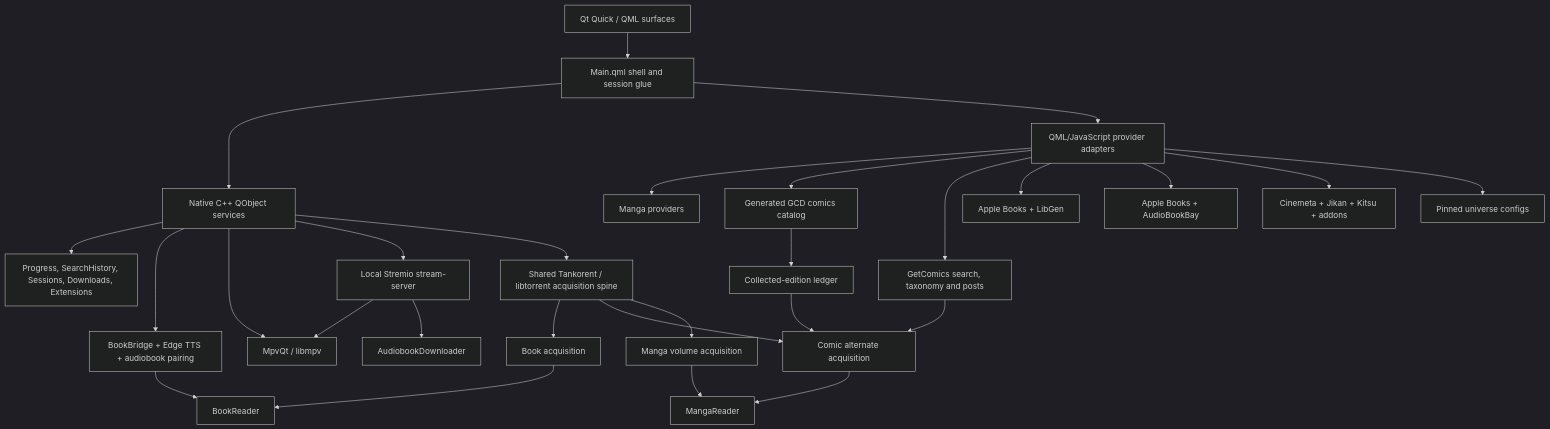
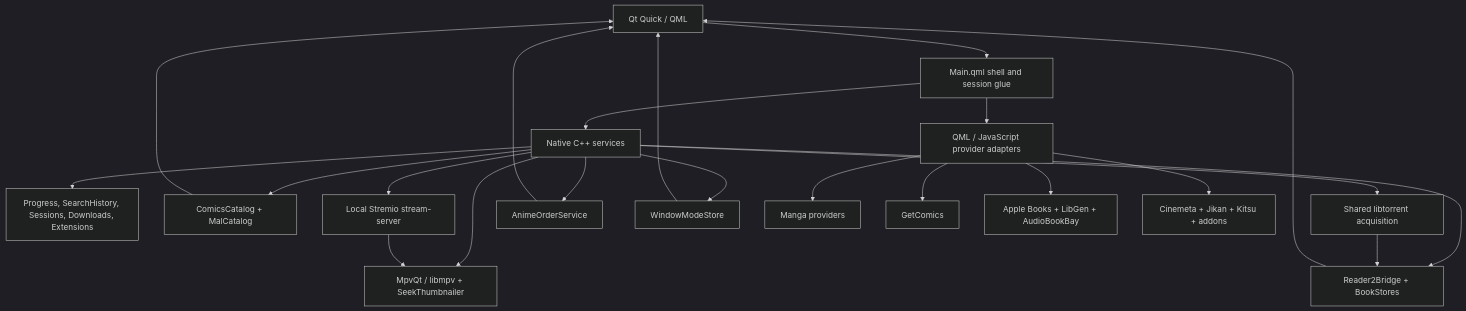
One commit to kingoftheseas56/Colosseum changed the second of 2 diagrams in README.md. Above: the diagram before and after it, drawn with Mermaid (dark theme). The commit also changed other lines of this file, not shown here.

Commit message:
docs: refresh README for current Colosseum architecture

````diff
--- a/README.md
+++ b/README.md
@@ -384,36 +381,27 @@
 ```mermaid
 flowchart TB
-    UI[Qt Quick / QML surfaces] --> Shell[Main.qml shell and session glue]
-    Shell --> Native[Native C++ QObject services]
-    Shell --> Providers[QML/JavaScript provider adapters]
+    UI[Qt Quick / QML] --> Shell[Main.qml shell and session glue]
+    Shell --> Native[Native C++ services]
+    Shell --> Providers[QML / JavaScript provider adapters]
 
     Native --> Stores[Progress, SearchHistory, Sessions, Downloads, Extensions]
-    Native --> BookBridge[BookBridge + Edge TTS + audiobook pairing]
-    Native --> Player[MpvQt / libmpv]
+    Native --> Catalogs[ComicsCatalog + MalCatalog]
+    Native --> Reader[Reader2Bridge + BookStores]
+    Native --> Player[MpvQt / libmpv + SeekThumbnailer]
     Native --> StreamServer[Local Stremio stream-server]
-    Native --> Tankorent[Shared Tankorent / libtorrent acquisition spine]
+    Native --> Tankorent[Shared libtorrent acquisition]
+    Native --> AnimeOrder[AnimeOrderService]
+    Native --> WindowMode[WindowModeStore]
 
     Providers --> Manga[Manga providers]
-    Providers --> ComicsCatalog[Generated GCD comics catalog]
-    Providers --> GetComics[GetComics search, taxonomy and posts]
-    Providers --> Books[Apple Books + LibGen]
-    Providers --> Audiobooks[Apple Books + AudioBookBay]
+    Providers --> Comics[GetComics]
+    Providers --> Books[Apple Books + LibGen + AudioBookBay]
     Providers --> Theatre[Cinemeta + Jikan + Kitsu + addons]
-    Providers --> Universes[Pinned universe configs]
 
-    Tankorent --> BookAcq[Book acquisition]
-    Tankorent --> ComicAcq[Comic alternate acquisition]
-    Tankorent --> VolumeAcq[Manga volume acquisition]
-
+    Catalogs --> UI
+    Reader --> UI
+    AnimeOrder --> UI
+    WindowMode --> UI
     StreamServer --> Player
-    StreamServer --> AudiobookDownloader[AudiobookDownloader]
-
-    GetComics --> ComicAcq
-    ComicsCatalog --> ComicLedger[Collected-edition ledger]
-    ComicLedger --> ComicAcq
-
-    BookAcq --> BookReader[BookReader]
-    ComicAcq --> MangaReader[MangaReader]
-    VolumeAcq --> MangaReader
-    BookBridge --> BookReader
+    Tankorent --> Reader
 ```
````
